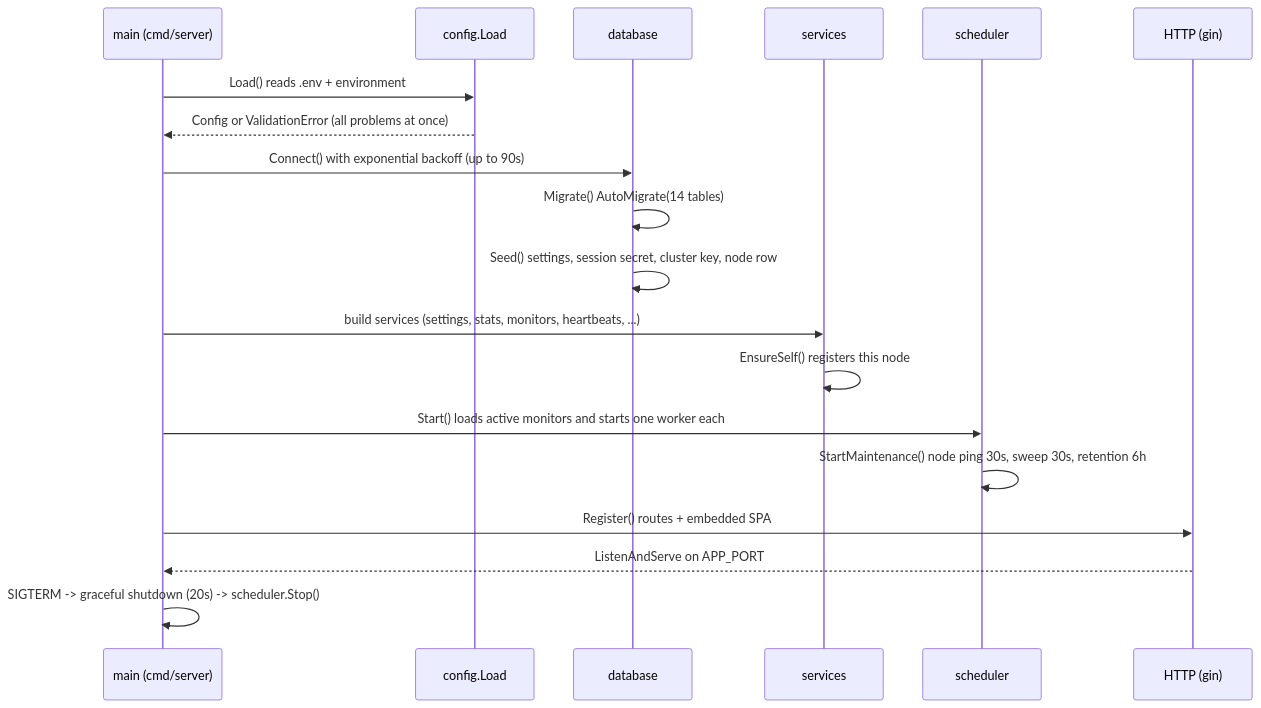
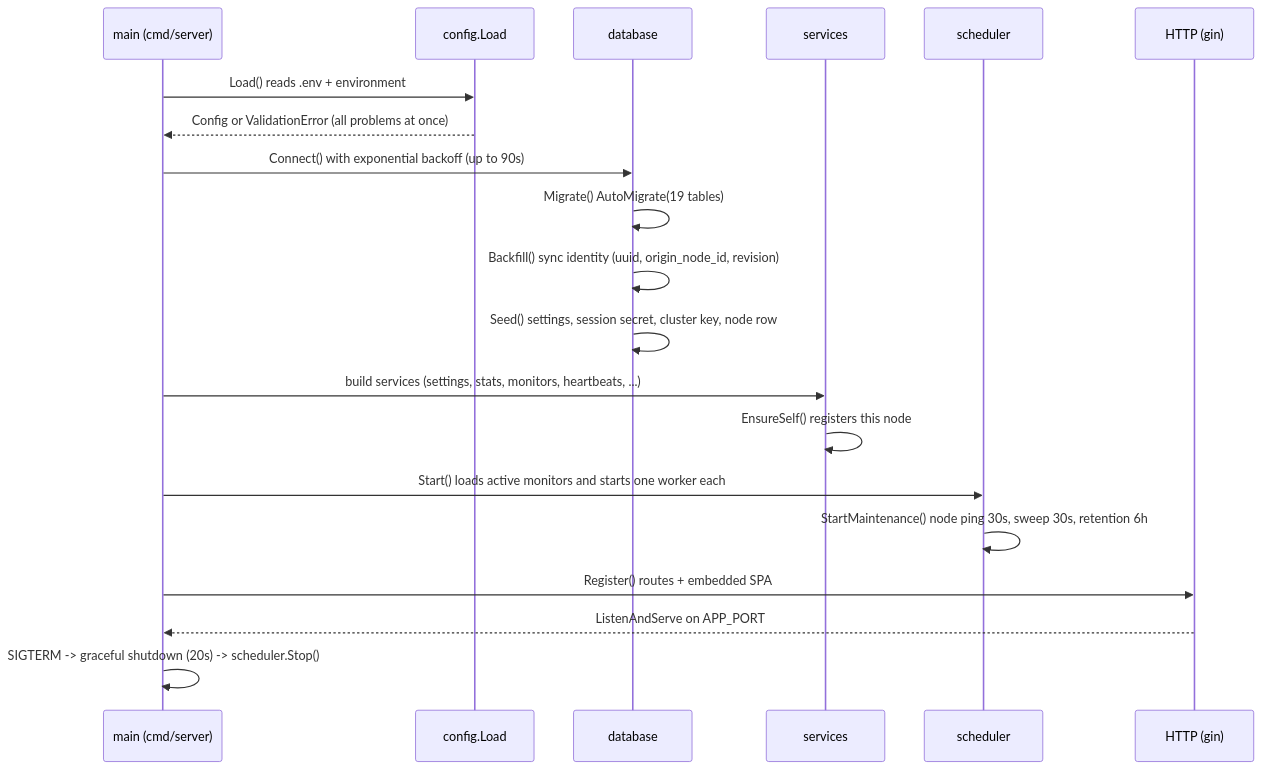
The first of 3 diagrams in docs/architecture.md (ivancarlosti/up), drawn with Mermaid before and after one commit. The commit also changed other lines of this file and 31 other files, not shown here.

````diff
--- a/docs/architecture.md
+++ b/docs/architecture.md
@@ -55,22 +58,23 @@
 ```mermaid
 sequenceDiagram
     participant M as main (cmd/server)
     participant C as config.Load
     participant D as database
     participant A as services
     participant S as scheduler
     participant H as HTTP (gin)
 
     M->>C: Load() reads .env + environment
     C-->>M: Config or ValidationError (all problems at once)
     M->>D: Connect() with exponential backoff (up to 90s)
-    D->>D: Migrate() AutoMigrate(14 tables)
+    D->>D: Migrate() AutoMigrate(19 tables)
+    D->>D: Backfill() sync identity (uuid, origin_node_id, revision)
     D->>D: Seed() settings, session secret, cluster key, node row
     M->>A: build services (settings, stats, monitors, heartbeats, ...)
     A->>A: EnsureSelf() registers this node
     M->>S: Start() loads active monitors and starts one worker each
     S->>S: StartMaintenance() node ping 30s, sweep 30s, retention 6h
     M->>H: Register() routes + embedded SPA
     H-->>M: ListenAndServe on APP_PORT
     M->>M: SIGTERM -> graceful shutdown (20s) -> scheduler.Stop()
 ```
````
